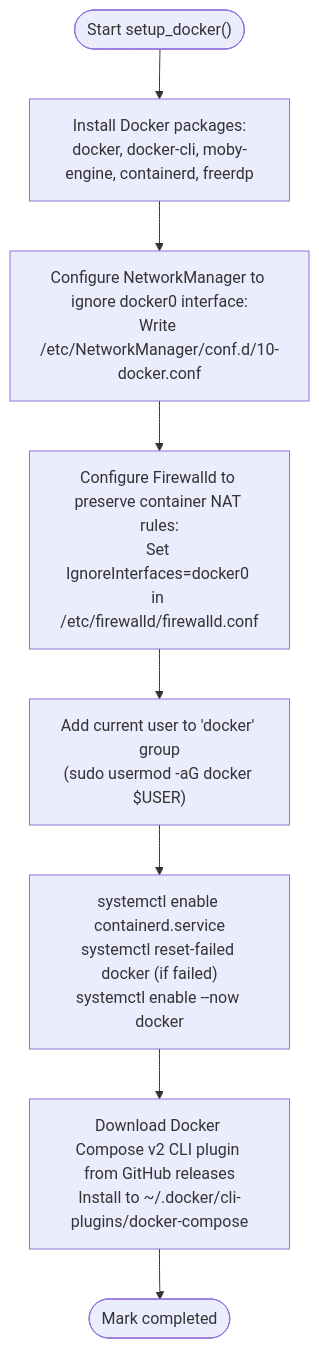
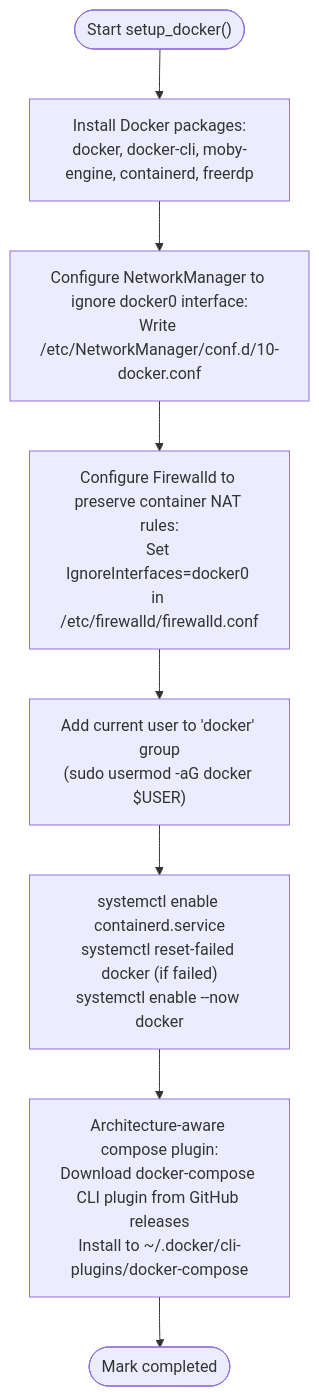
Before and after one commit to kk376/fedora-post-install: diagram 14 of 21 in PSEUDOCODE.md, drawn with Mermaid. The commit also changed other lines of this file and 3 other files, not shown here.

Commit message:
docs: synchronize HOW_IT_WORKS and PSEUDOCODE with v8.0.0 architecture

````diff
--- a/PSEUDOCODE.md
+++ b/PSEUDOCODE.md
@@ -426,10 +400,10 @@
 ```mermaid
 flowchart TD
     StartDocker(["Start setup_docker()"]) --> InstallDockerPkgs["Install Docker packages:<br/>docker, docker-cli, moby-engine, containerd, freerdp"]
     InstallDockerPkgs --> IgnoreNM["Configure NetworkManager to ignore docker0 interface:<br/>Write /etc/NetworkManager/conf.d/10-docker.conf"]
     IgnoreNM --> IgnoreFirewall["Configure Firewalld to preserve container NAT rules:<br/>Set IgnoreInterfaces=docker0 in /etc/firewalld/firewalld.conf"]
     IgnoreFirewall --> AddDockerGroup["Add current user to 'docker' group<br/>(sudo usermod -aG docker $USER)"]
     AddDockerGroup --> StartDockerService["systemctl enable containerd.service<br/>systemctl reset-failed docker (if failed)<br/>systemctl enable --now docker"]
-    StartDockerService --> InstallDockerCompose["Download Docker Compose v2 CLI plugin from GitHub releases<br/>Install to ~/.docker/cli-plugins/docker-compose"]
+    StartDockerService --> InstallDockerCompose["Architecture-aware compose plugin:<br/>Download docker-compose CLI plugin from GitHub releases<br/>Install to ~/.docker/cli-plugins/docker-compose"]
     InstallDockerCompose --> EndDocker(["Mark completed"])
 ```
````
